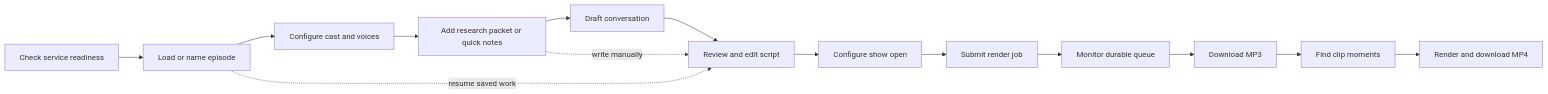
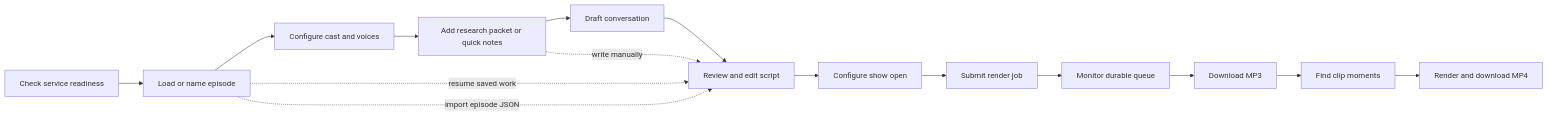
The first of 4 diagrams in docs/application-design-map.md (p8reit/patch-notes-America), drawn with Mermaid before and after one commit. The commit also changed other lines of this file and 7 other files, not shown here.

Commit message:
feat: import episode details from production JSON

````diff
--- a/docs/application-design-map.md
+++ b/docs/application-design-map.md
@@ -32,17 +32,18 @@
 ```mermaid
 flowchart LR
     A[Check service readiness] --> B[Load or name episode]
     B --> C[Configure cast and voices]
     C --> D[Add research packet or quick notes]
     D --> E[Draft conversation]
     E --> F[Review and edit script]
     F --> G[Configure show open]
     G --> H[Submit render job]
     H --> I[Monitor durable queue]
     I --> J[Download MP3]
     J --> K[Find clip moments]
     K --> L[Render and download MP4]
 
     D -. write manually .-> F
     B -. resume saved work .-> F
+    B -. import episode JSON .-> F
 ```
````
